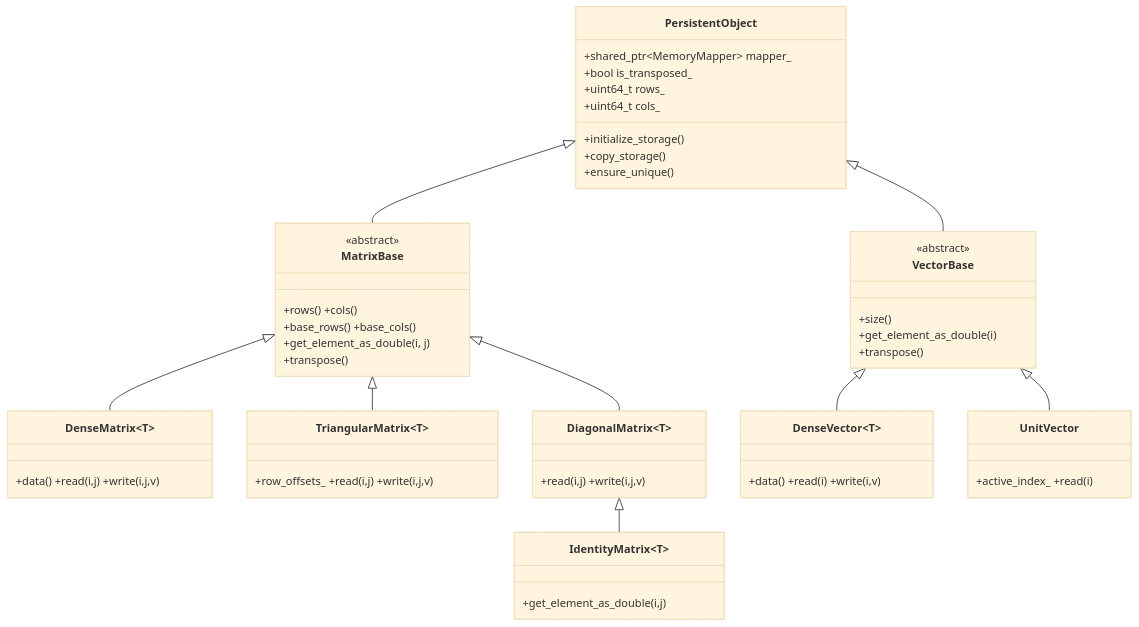
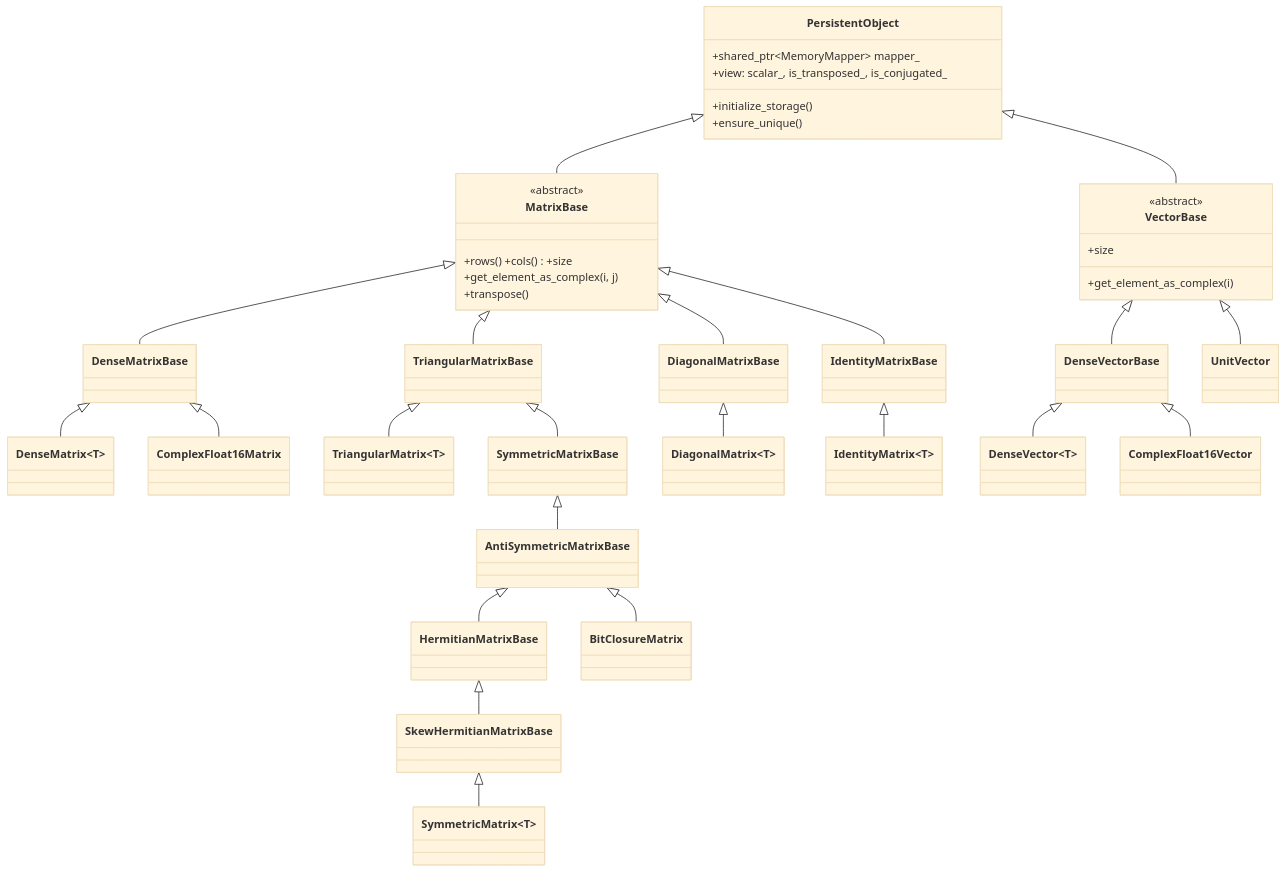
Before and after one commit to BrorH/pycauset: the diagram in documentation/internals/Memory and Data.md, drawn with Mermaid (base theme). The commit also changed other lines of this file, not shown here.

Commit message:
Memory and Data: class diagram as the headers are (per-structure bases, SymmetricMatrix kinds, get/set)
Claude-Session: https://claude.ai/code/session_016UrAt3kyUAA7CXuBEhhXZA

````diff
--- a/documentation/internals/Memory and Data.md
+++ b/documentation/internals/Memory and Data.md
@@ -158,40 +158,41 @@
 ```mermaid
 classDiagram
     class PersistentObject {
         +shared_ptr~MemoryMapper~ mapper_
-        +bool is_transposed_
-        +uint64_t rows_
-        +uint64_t cols_
+        +view: scalar_, is_transposed_, is_conjugated_
         +initialize_storage()
-        +copy_storage()
         +ensure_unique()
     }
     class MatrixBase {
         <<abstract>>
-        +rows() +cols()
-        +base_rows() +base_cols()
-        +get_element_as_double(i, j)
+        +rows() +cols() +size
+        +get_element_as_complex(i, j)
         +transpose()
     }
     class VectorBase {
         <<abstract>>
-        +size()
-        +get_element_as_double(i)
-        +transpose()
+        +size
+        +get_element_as_complex(i)
     }
-    class DenseMatrix~T~ { +data() +read(i,j) +write(i,j,v) }
-    class TriangularMatrix~T~ { +row_offsets_ +read(i,j) +write(i,j,v) }
-    class DiagonalMatrix~T~ { +read(i,j) +write(i,j,v) }
-    class IdentityMatrix~T~ { +get_element_as_double(i,j) }
-    class DenseVector~T~ { +data() +read(i) +write(i,v) }
-    class UnitVector { +active_index_ +read(i) }
-
     PersistentObject <|-- MatrixBase
     PersistentObject <|-- VectorBase
-    MatrixBase <|-- DenseMatrix
-    MatrixBase <|-- TriangularMatrix
-    MatrixBase <|-- DiagonalMatrix
-    DiagonalMatrix <|-- IdentityMatrix
-    VectorBase <|-- DenseVector
+    MatrixBase <|-- DenseMatrixBase
+    MatrixBase <|-- TriangularMatrixBase
+    MatrixBase <|-- DiagonalMatrixBase
+    MatrixBase <|-- IdentityMatrixBase
+    DenseMatrixBase <|-- DenseMatrix~T~
+    DenseMatrixBase <|-- ComplexFloat16Matrix
+    TriangularMatrixBase <|-- TriangularMatrix~T~
+    TriangularMatrixBase <|-- SymmetricMatrixBase
+    SymmetricMatrixBase <|-- AntiSymmetricMatrixBase
+    AntiSymmetricMatrixBase <|-- HermitianMatrixBase
+    AntiSymmetricMatrixBase <|-- BitClosureMatrix
+    HermitianMatrixBase <|-- SkewHermitianMatrixBase
+    SkewHermitianMatrixBase <|-- SymmetricMatrix~T~
+    DiagonalMatrixBase <|-- DiagonalMatrix~T~
+    IdentityMatrixBase <|-- IdentityMatrix~T~
+    VectorBase <|-- DenseVectorBase
+    DenseVectorBase <|-- DenseVector~T~
+    DenseVectorBase <|-- ComplexFloat16Vector
     VectorBase <|-- UnitVector
 ```
````
